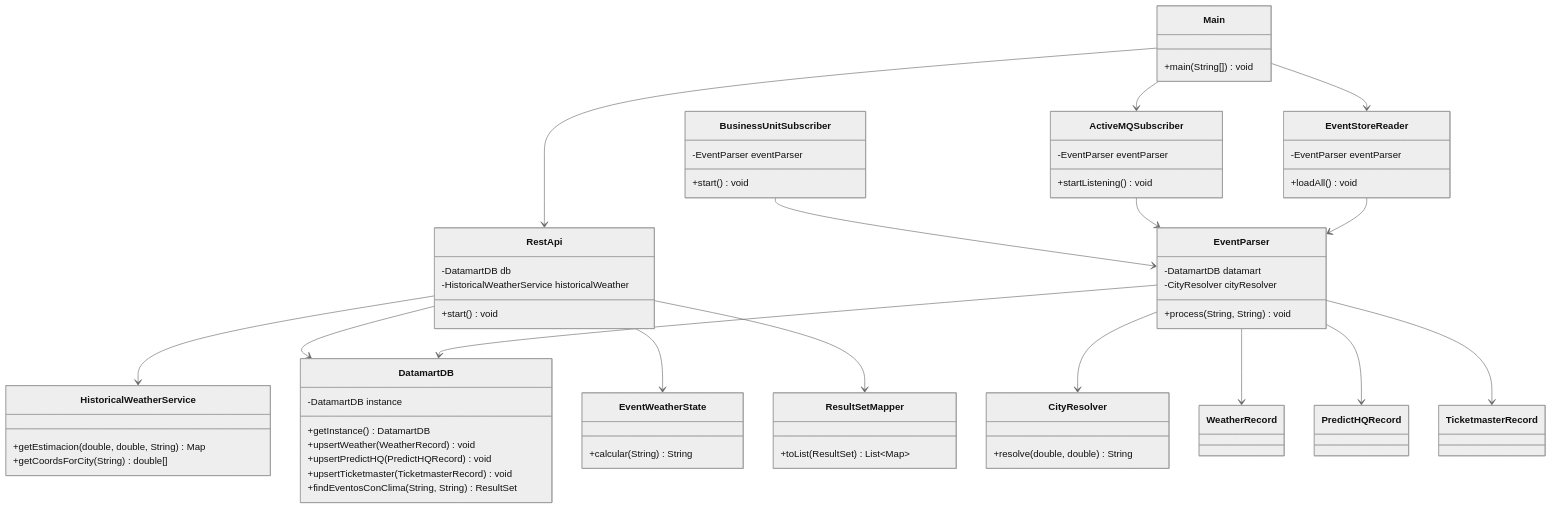
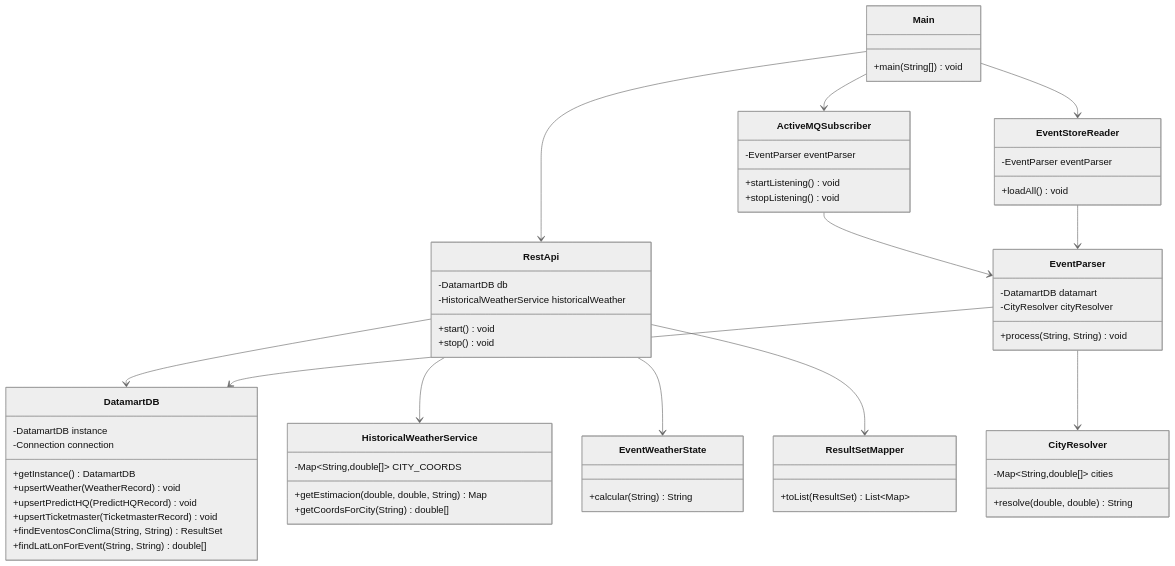
One commit to TheBiggestApp/EventWeather-Spain changed the fifth of 5 diagrams in README.md. Above: the diagram before and after it, drawn with Mermaid (neutral theme).

````diff
--- a/README.md
+++ b/README.md
@@ -350,71 +350,63 @@
 ```mermaid
 classDiagram
     class Main {
         +main(String[]) void
     }
-    class EventStoreReader {
-        -EventParser eventParser
-        +loadAll() void
+    class RestApi {
+        -DatamartDB db
+        -HistoricalWeatherService historicalWeather
+        +start() void
+        +stop() void
     }
     class ActiveMQSubscriber {
         -EventParser eventParser
         +startListening() void
+        +stopListening() void
     }
-    class BusinessUnitSubscriber {
+    class EventStoreReader {
         -EventParser eventParser
-        +start() void
+        +loadAll() void
     }
     class EventParser {
         -DatamartDB datamart
         -CityResolver cityResolver
         +process(String, String) void
     }
     class DatamartDB {
         -DatamartDB instance
+        -Connection connection
         +getInstance() DatamartDB
         +upsertWeather(WeatherRecord) void
         +upsertPredictHQ(PredictHQRecord) void
         +upsertTicketmaster(TicketmasterRecord) void
         +findEventosConClima(String, String) ResultSet
-    }
-    class CityResolver {
-        +resolve(double, double) String
-    }
-    class WeatherRecord {
-    }
-    class PredictHQRecord {
-    }
-    class TicketmasterRecord {
-    }
-    class RestApi {
-        -DatamartDB db
-        -HistoricalWeatherService historicalWeather
-        +start() void
-    }
-    class ResultSetMapper {
-        +toList(ResultSet) List~Map~
+        +findLatLonForEvent(String, String) double[]
     }
     class HistoricalWeatherService {
+        -Map~String,double[]~ CITY_COORDS
         +getEstimacion(double, double, String) Map
         +getCoordsForCity(String) double[]
     }
     class EventWeatherState {
         +calcular(String) String
     }
+    class CityResolver {
+        -Map~String,double[]~ cities
+        +resolve(double, double) String
+    }
+    class ResultSetMapper {
+        +toList(ResultSet) List~Map~
+    }
 
-    Main --> EventStoreReader
     Main --> RestApi
     Main --> ActiveMQSubscriber
-    EventStoreReader --> EventParser
-    ActiveMQSubscriber --> EventParser
-    BusinessUnitSubscriber --> EventParser
-    EventParser --> DatamartDB
-    EventParser --> CityResolver
-    EventParser --> WeatherRecord
-    EventParser --> PredictHQRecord
-    EventParser --> TicketmasterRecord
+    Main --> EventStoreReader
     RestApi --> DatamartDB
     RestApi --> HistoricalWeatherService
     RestApi --> EventWeatherState
     RestApi --> ResultSetMapper
+    ActiveMQSubscriber --> EventParser
+    EventStoreReader --> EventParser
+    EventParser --> DatamartDB
+    EventParser --> CityResolver
 ```
````
